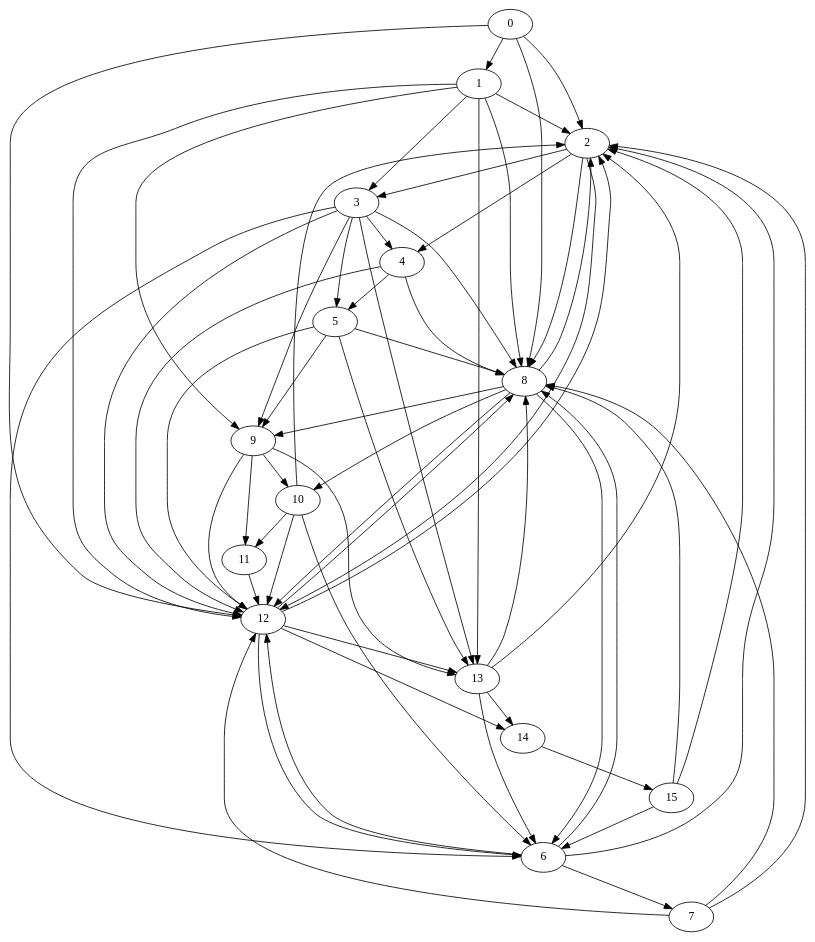
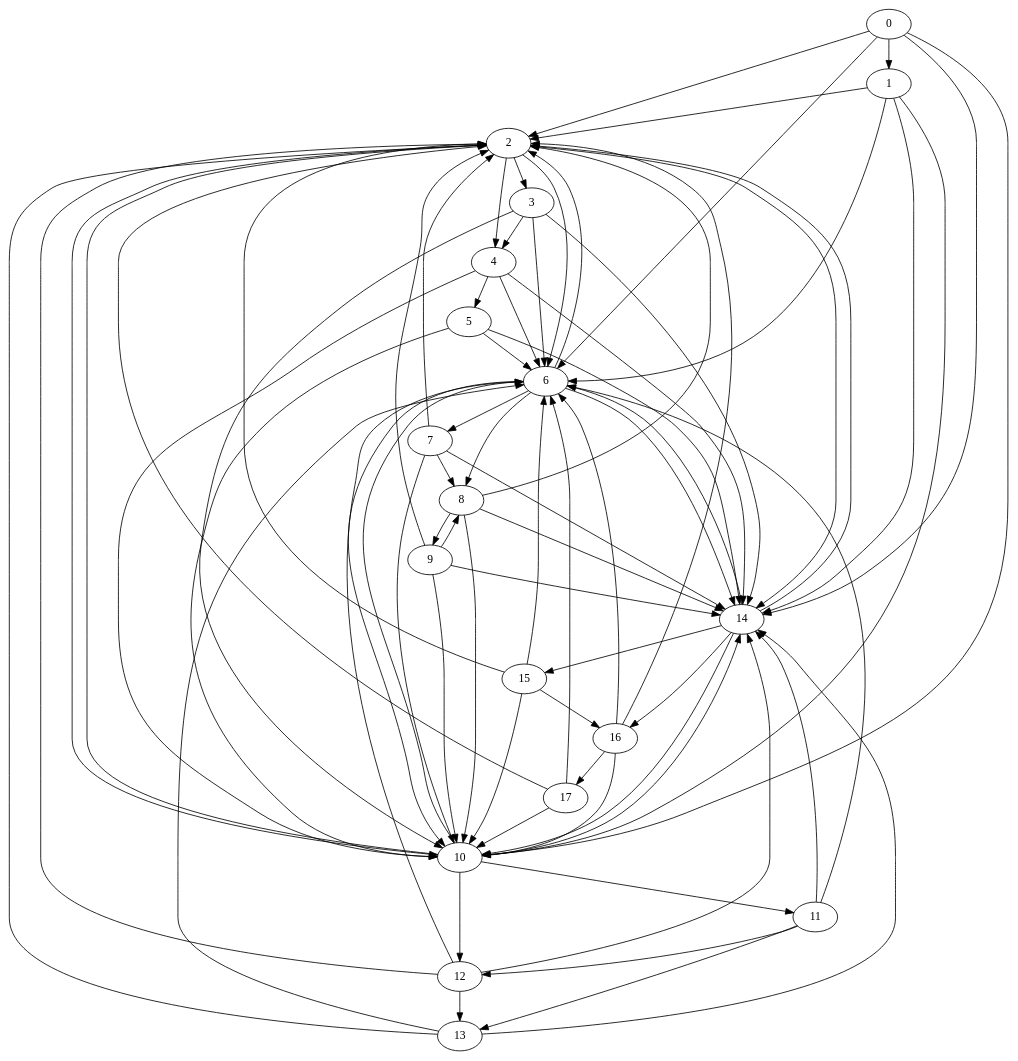
One commit to richelbilderbeek/boost_graph_cookbook_1 changed the diagram in BoostGraphTutorial/title_graph.dot. Above: the diagram before and after it, drawn with Graphviz. The commit also changed 17 other files, not shown here.

```diff
--- a/BoostGraphTutorial/title_graph.dot
+++ b/BoostGraphTutorial/title_graph.dot
@@ -1,80 +1,94 @@
 digraph G {
 0;
 1;
 2;
 3;
 4;
 5;
 6;
 7;
 8;
 9;
 10;
 11;
 12;
 13;
 14;
 15;
+16;
+17;
 0->1 ;
 0->2 ;
-0->8 ;
-0->12 ;
+0->6 ;
+0->10 ;
+0->14 ;
 1->2 ;
-1->8 ;
-1->12 ;
-1->3 ;
-1->9 ;
-1->13 ;
+1->6 ;
+1->10 ;
+1->14 ;
 2->3 ;
 2->4 ;
-2->8 ;
-2->12 ;
+2->6 ;
+2->10 ;
+2->14 ;
 3->4 ;
 3->6 ;
-3->8 ;
-3->12 ;
-3->5 ;
-3->9 ;
-3->13 ;
+3->10 ;
+3->14 ;
 4->5 ;
-4->8 ;
-4->12 ;
-5->8 ;
-5->12 ;
-5->9 ;
-5->13 ;
+4->6 ;
+4->10 ;
+4->14 ;
+5->6 ;
+5->10 ;
+5->14 ;
 6->7 ;
 6->2 ;
 6->8 ;
-6->12 ;
+6->10 ;
+6->14 ;
 7->2 ;
 7->8 ;
-7->12 ;
+7->10 ;
+7->14 ;
 8->9 ;
 8->2 ;
-8->6 ;
 8->10 ;
-8->12 ;
+8->14 ;
+9->2 ;
+9->8 ;
 9->10 ;
-9->12 ;
-9->11 ;
-9->13 ;
+9->14 ;
 10->11 ;
 10->2 ;
 10->6 ;
 10->12 ;
+10->14 ;
+11->6 ;
 11->12 ;
+11->14 ;
+11->13 ;
 12->13 ;
 12->2 ;
 12->6 ;
-12->8 ;
 12->14 ;
-13->14 ;
 13->2 ;
 13->6 ;
-13->8 ;
+13->14 ;
 14->15 ;
+14->2 ;
+14->6 ;
+14->10 ;
+14->16 ;
+15->16 ;
 15->2 ;
 15->6 ;
-15->8 ;
+15->10 ;
+16->17 ;
+16->2 ;
+16->6 ;
+16->10 ;
+17->2 ;
+17->6 ;
+17->10 ;
 }
```
